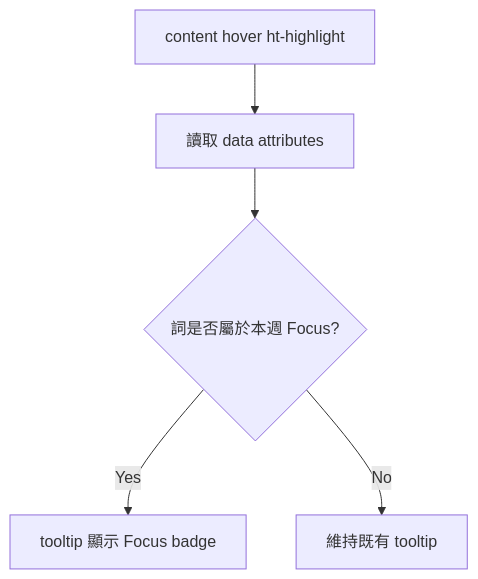
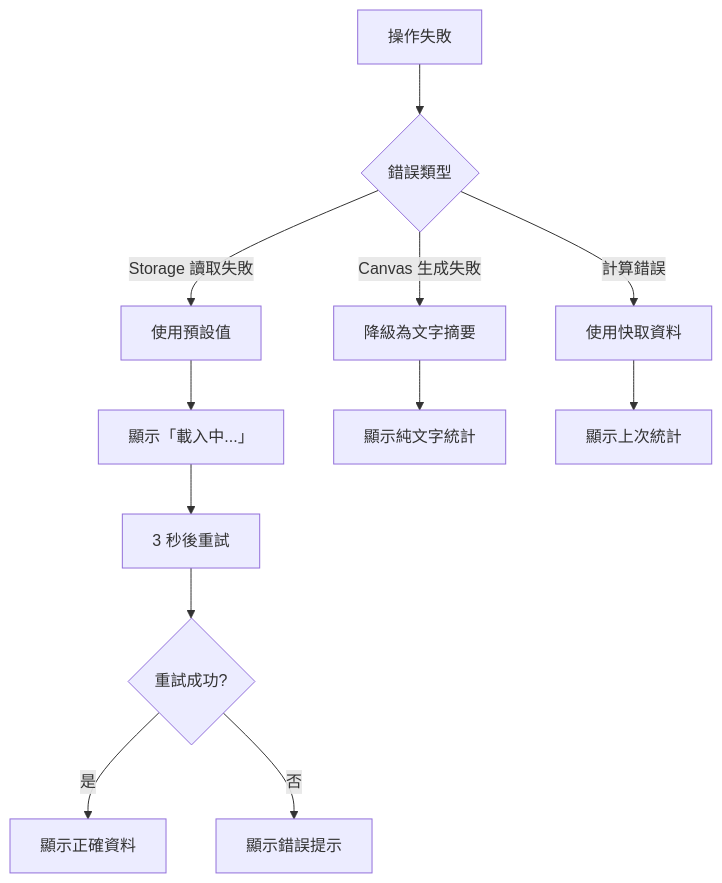
The ninth of 9 diagrams in .shared/05-flow-diagrams.md (kylecheng3146/highlighting-translate), drawn with Mermaid before and after one commit. The commit also changed other lines of this file and 33 other files, not shown here.

````diff
--- a/.shared/05-flow-diagrams.md
+++ b/.shared/05-flow-diagrams.md
@@ -62,7 +209,18 @@
 ```mermaid
 flowchart TD
-    A[content hover ht-highlight] --> B[讀取 data attributes]
-    B --> C{詞是否屬於本週 Focus?}
-    C -- Yes --> D[tooltip 顯示 Focus badge]
-    C -- No --> E[維持既有 tooltip]
+    A[操作失敗] --> B{錯誤類型}
+    
+    B -->|Storage 讀取失敗| C[使用預設值]
+    C --> D[顯示「載入中...」]
+    D --> E[3 秒後重試]
+    
+    B -->|Canvas 生成失敗| F[降級為文字摘要]
+    F --> G[顯示純文字統計]
+    
+    B -->|計算錯誤| H[使用快取資料]
+    H --> I[顯示上次統計]
+    
+    E --> J{重試成功?}
+    J -->|是| K[顯示正確資料]
+    J -->|否| L[顯示錯誤提示]
 ```
````
